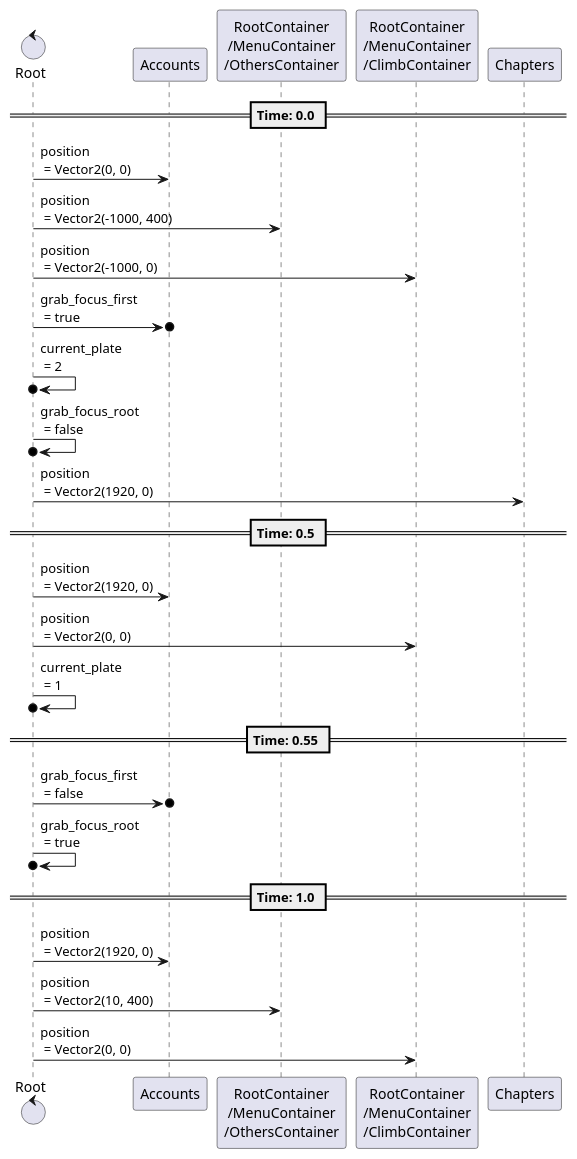
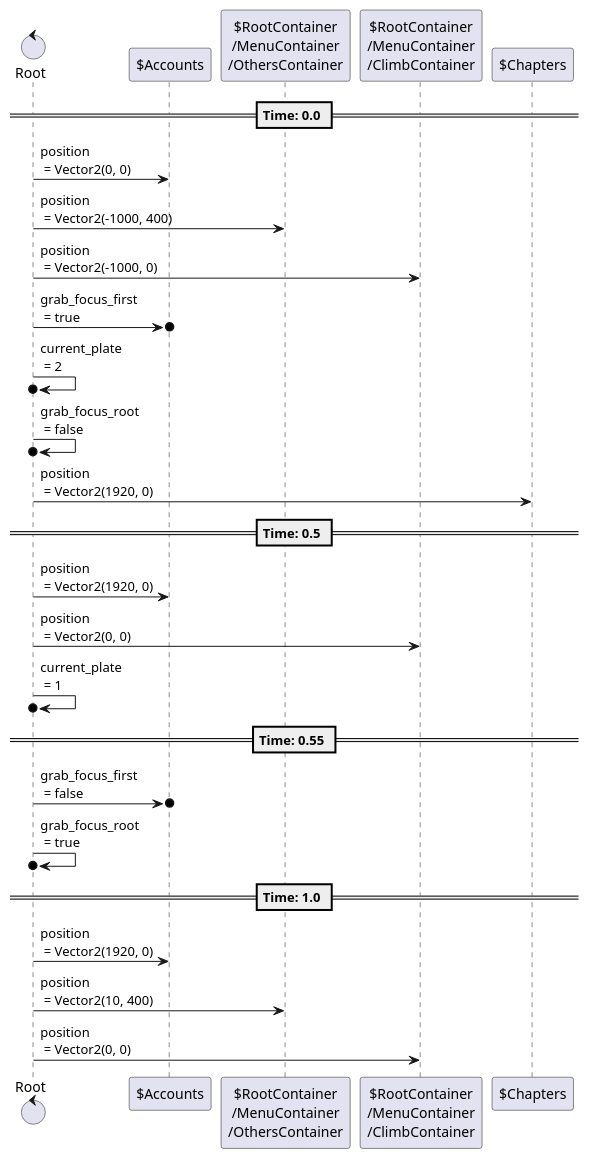
The eighth of 9 diagrams in content/scenes/src/beginning/menu/menu.tscn.adoc (tkmfujise/Platformer-Game-Learning), drawn with PlantUML before and after one commit. The commit also changed other lines of this file and 31 other files, not shown here.

Commit message:
Add prefix $ to node name in animation sequences

```diff
--- a/content/scenes/src/beginning/menu/menu.tscn.adoc
+++ b/content/scenes/src/beginning/menu/menu.tscn.adoc
@@ -483,32 +483,32 @@
 [plantuml]
 ....
-control "Root" as Root
-participant "Accounts" as T0
-participant "RootContainer\n/MenuContainer\n/OthersContainer" as T1
-participant "RootContainer\n/MenuContainer\n/ClimbContainer" as T2
-participant "Chapters" as T6
+control "Root" as R
+participant "$Accounts" as T0
+participant "$RootContainer\n/MenuContainer\n/OthersContainer" as T1
+participant "$RootContainer\n/MenuContainer\n/ClimbContainer" as T2
+participant "$Chapters" as T6
 
 
 
 == Time: 0.0 ==
-Root  ->  T0 : position\n = Vector2(0, 0)
-Root  ->  T1 : position\n = Vector2(-1000, 400)
-Root  ->  T2 : position\n = Vector2(-1000, 0)
-Root  ->o  T0 : grab_focus_first\n = true
-Root  ->o  Root : current_plate\n = 2
-Root  ->o  Root : grab_focus_root\n = false
-Root  ->  T6 : position\n = Vector2(1920, 0)
+R  ->  T0 : position\n = Vector2(0, 0)
+R  ->  T1 : position\n = Vector2(-1000, 400)
+R  ->  T2 : position\n = Vector2(-1000, 0)
+R  ->o  T0 : grab_focus_first\n = true
+R  ->o  R : current_plate\n = 2
+R  ->o  R : grab_focus_root\n = false
+R  ->  T6 : position\n = Vector2(1920, 0)
 == Time: 0.5 ==
-Root  ->  T0 : position\n = Vector2(1920, 0)
-Root  ->  T2 : position\n = Vector2(0, 0)
-Root  ->o  Root : current_plate\n = 1
+R  ->  T0 : position\n = Vector2(1920, 0)
+R  ->  T2 : position\n = Vector2(0, 0)
+R  ->o  R : current_plate\n = 1
 == Time: 0.55 ==
-Root  ->o  T0 : grab_focus_first\n = false
-Root  ->o  Root : grab_focus_root\n = true
+R  ->o  T0 : grab_focus_first\n = false
+R  ->o  R : grab_focus_root\n = true
 == Time: 1.0 ==
-Root  ->  T0 : position\n = Vector2(1920, 0)
-Root  ->  T1 : position\n = Vector2(10, 400)
-Root  ->  T2 : position\n = Vector2(0, 0)
+R  ->  T0 : position\n = Vector2(1920, 0)
+R  ->  T1 : position\n = Vector2(10, 400)
+R  ->  T2 : position\n = Vector2(0, 0)
 
 
 ....
```
